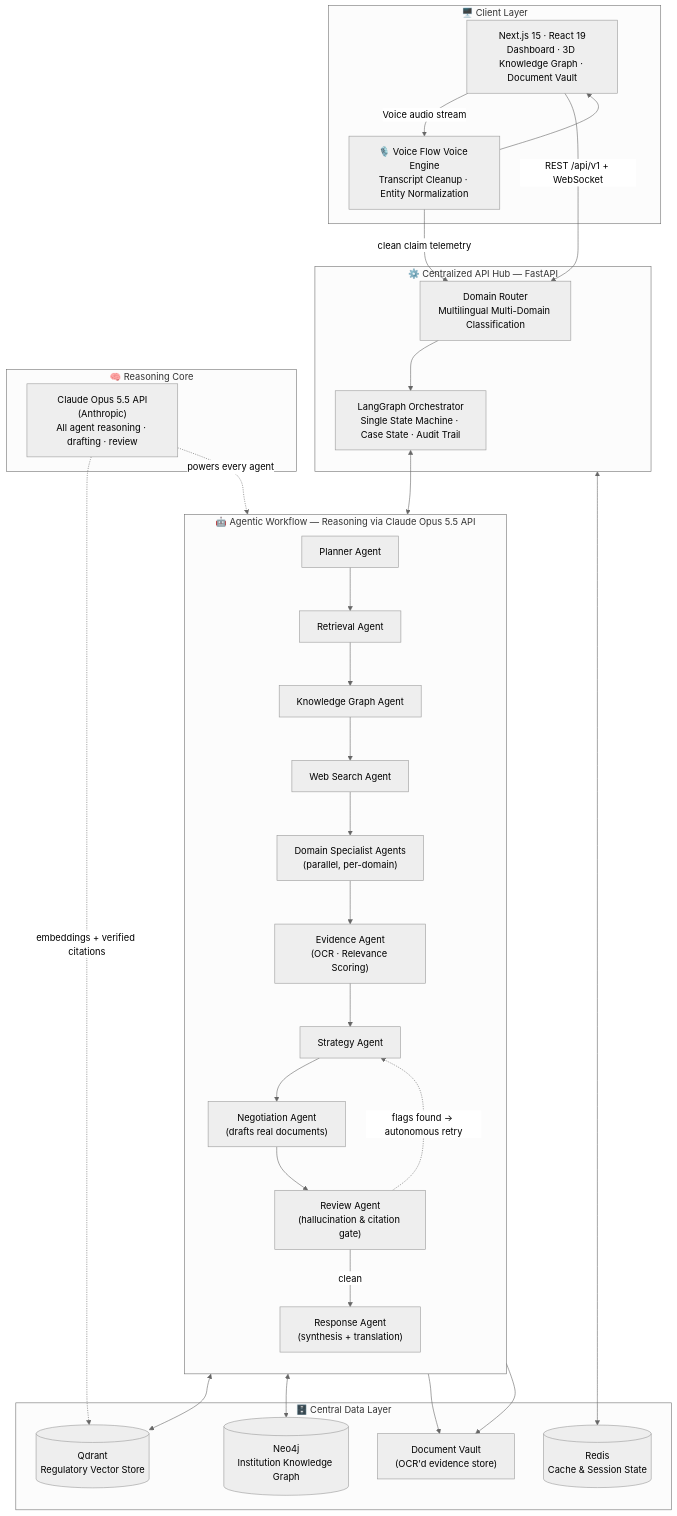
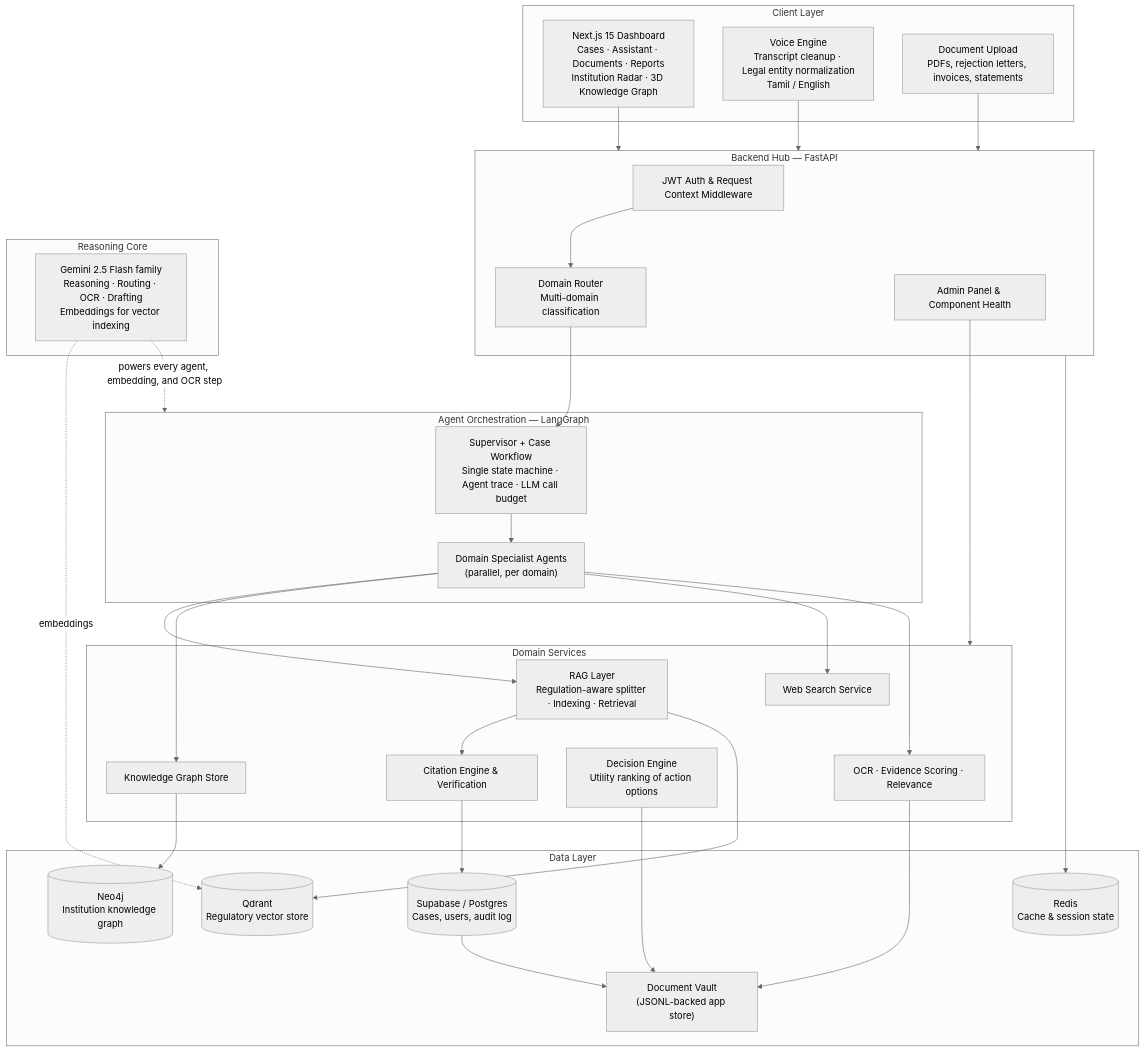
The first of 4 diagrams in README.md (victrvondoom/RECLAIM), drawn with Mermaid (neutral theme) before and after one commit. The commit also changed other lines of this file, not shown here.

First line of the commit message:
docs: rewrite README with architecture and mermaid diagrams, remove all links

````diff
--- a/README.md
+++ b/README.md
@@ -72,58 +44,65 @@
 ```mermaid
 flowchart TB
-    subgraph Client["🖥️ Client Layer"]
-        UI["Next.js 15 · React 19<br/>Dashboard · 3D Knowledge Graph · Document Vault"]
-        Voice["🎙️ Voice Flow Voice Engine<br/>Transcript Cleanup · Entity Normalization"]
-        Voice --> UI
+    subgraph Client["Client Layer"]
+        UI["Next.js 15 Dashboard<br/>Cases · Assistant · Documents · Reports<br/>Institution Radar · 3D Knowledge Graph"]
+        Voice["Voice Engine<br/>Transcript cleanup · Legal entity normalization<br/>Tamil / English"]
+        Upload["Document Upload<br/>PDFs, rejection letters, invoices, statements"]
     end
 
-    subgraph Hub["⚙️ Centralized API Hub — FastAPI"]
-        Router["Domain Router<br/>Multilingual Multi-Domain Classification"]
-        Orchestrator["LangGraph Orchestrator<br/>Single State Machine · Case State · Audit Trail"]
+    subgraph Hub["Backend Hub — FastAPI"]
+        Auth["JWT Auth &amp; Request Context Middleware"]
+        Router["Domain Router<br/>Multi-domain classification"]
+        Admin["Admin Panel &amp; Component Health"]
     end
 
-    subgraph Agents["🤖 Agentic Workflow — Reasoning via Claude Opus 5.5 API"]
-        direction TB
-        Planner["Planner Agent"]
-        Retrieval["Retrieval Agent"]
-        KGraph["Knowledge Graph Agent"]
-        WebSearch["Web Search Agent"]
-        Specialists["Domain Specialist Agents<br/>(parallel, per-domain)"]
-        Evidence["Evidence Agent<br/>(OCR · Relevance Scoring)"]
-        Strategy["Strategy Agent"]
-        Negotiator["Negotiation Agent<br/>(drafts real documents)"]
-        Review["Review Agent<br/>(hallucination & citation gate)"]
-        Response["Response Agent<br/>(synthesis + translation)"]
-
-        Planner --> Retrieval --> KGraph --> WebSearch --> Specialists
-        Specialists --> Evidence --> Strategy --> Negotiator --> Review
-        Review -. "flags found → autonomous retry" .-> Strategy
-        Review -- "clean" --> Response
+    subgraph Engine["Agent Orchestration — LangGraph"]
+        Orchestrator["Supervisor + Case Workflow<br/>Single state machine · Agent trace · LLM call budget"]
+        Specialists["Domain Specialist Agents<br/>(parallel, per domain)"]
     end
 
-    subgraph Data["🗄️ Central Data Layer"]
-        Qdrant[("Qdrant<br/>Regulatory Vector Store")]
-        Neo4j[("Neo4j<br/>Institution Knowledge Graph")]
-        Redis[("Redis<br/>Cache & Session State")]
-        Vault["Document Vault<br/>(OCR'd evidence store)"]
+    subgraph Services["Domain Services"]
+        RAG["RAG Layer<br/>Regulation-aware splitter · Indexing · Retrieval"]
+        Citations["Citation Engine &amp; Verification"]
+        Evidence["OCR · Evidence Scoring · Relevance"]
+        Decision["Decision Engine<br/>Utility ranking of action options"]
+        GraphKG["Knowledge Graph Store"]
+        Web["Web Search Service"]
     end
 
-    subgraph LLM["🧠 Reasoning Core"]
-        Claude["Claude Opus 5.5 API<br/>(Anthropic)<br/>All agent reasoning · drafting · review"]
+    subgraph Data["Data Layer"]
+        Qdrant[("Qdrant<br/>Regulatory vector store")]
+        Neo4j[("Neo4j<br/>Institution knowledge graph")]
+        Postgres[("Supabase / Postgres<br/>Cases, users, audit log")]
+        Redis[("Redis<br/>Cache &amp; session state")]
+        Vault["Document Vault<br/>(JSONL-backed app store)"]
     end
 
-    UI -->|Voice audio stream| Voice
-    UI -->|"REST /api/v1 + WebSocket"| Router
-    Voice -->|clean claim telemetry| Router
+    subgraph LLM["Reasoning Core"]
+        Gemini["Gemini 2.5 Flash family<br/>Reasoning · Routing · OCR · Drafting<br/>Embeddings for vector indexing"]
+    end
+
+    UI --> Hub
+    Voice --> Hub
+    Upload --> Hub
+    Auth --> Router
     Router --> Orchestrator
-    Orchestrator <--> Agents
+    Admin --> Services
 
-    Retrieval <--> Qdrant
-    KGraph <--> Neo4j
-    Specialists --> Vault
-    Negotiator --> Vault
-    Hub <--> Redis
+    Orchestrator --> Specialists
+    Specialists --> RAG
+    Specialists --> GraphKG
+    Specialists --> Web
+    Specialists --> Evidence
+    RAG --> Citations
+    RAG --> Qdrant
+    GraphKG --> Neo4j
+    Evidence --> Vault
+    Decision --> Vault
+    Citations --> Postgres
 
-    Claude -. powers every agent .-> Agents
-    Claude -. embeddings + verified citations .-> Qdrant
+    Hub --> Redis
+    Postgres --> Vault
+
+    Gemini -. powers every agent, embedding, and OCR step .-> Engine
+    Gemini -. embeddings .-> Qdrant
 ```
````
